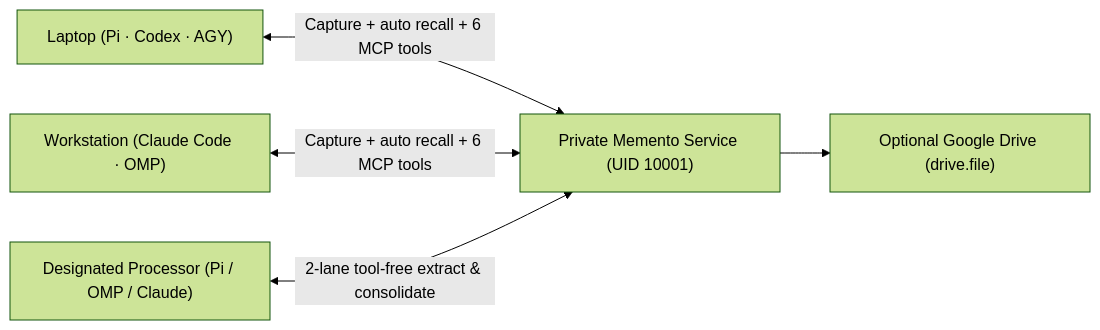
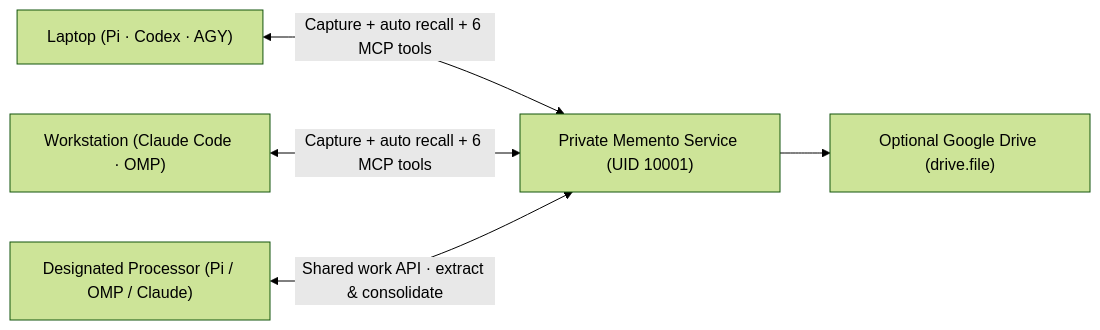
Before and after one commit to misunders2d/memento: the first of 2 diagrams in README.md, drawn with Mermaid (forest theme). The commit also changed other lines of this file and 25 other files, not shown here.

Commit message:
Run persistent local agents through the shared processing API

````diff
--- a/README.md
+++ b/README.md
@@ -38,9 +38,9 @@
 ```mermaid
 flowchart LR
     accTitle: Shared memory across your agents and devices
     accDescr: Native agents across your machines capture conversations and retrieve context from one private Memento service over loopback or Tailscale Serve HTTPS. Optional Google Drive holds cold artifacts and manual backups.
     L["Laptop (Pi · Codex · AGY)"] <-->|"Capture + auto recall + 6 MCP tools"| M["Private Memento Service (UID 10001)"]
     W["Workstation (Claude Code · OMP)"] <-->|"Capture + auto recall + 6 MCP tools"| M
-    P["Designated Processor (Pi / OMP / Claude)"] <-->|"2-lane tool-free extract & consolidate"| M
+    P["Designated Processor (Pi / OMP / Claude)"] <-->|"Shared work API · extract & consolidate"| M
     M --> D["Optional Google Drive (drive.file)"]
 ```
````
